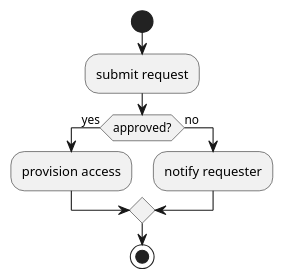
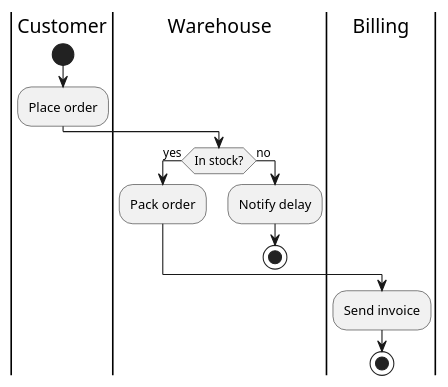
One commit to PromptExecution/kr0ki changed the second of 2 diagrams in containers/kr0ki-storyb00k-agent/skills/types/activity.md. Above: the diagram before and after it, drawn with PlantUML. The commit also changed other lines of this file and 43 other files, not shown here.

````diff
--- a/containers/kr0ki-storyb00k-agent/skills/types/activity.md
+++ b/containers/kr0ki-storyb00k-agent/skills/types/activity.md
@@ -15,12 +51,17 @@
 ```plantuml
 @startuml
+|Customer|
 start
-:submit request;
-if (approved?) then (yes)
-  :provision access;
+:Place order;
+|Warehouse|
+if (In stock?) then (yes)
+  :Pack order;
 else (no)
-  :notify requester;
+  :Notify delay;
+  stop
 endif
+|Billing|
+:Send invoice;
 stop
 @enduml
 ```
````
